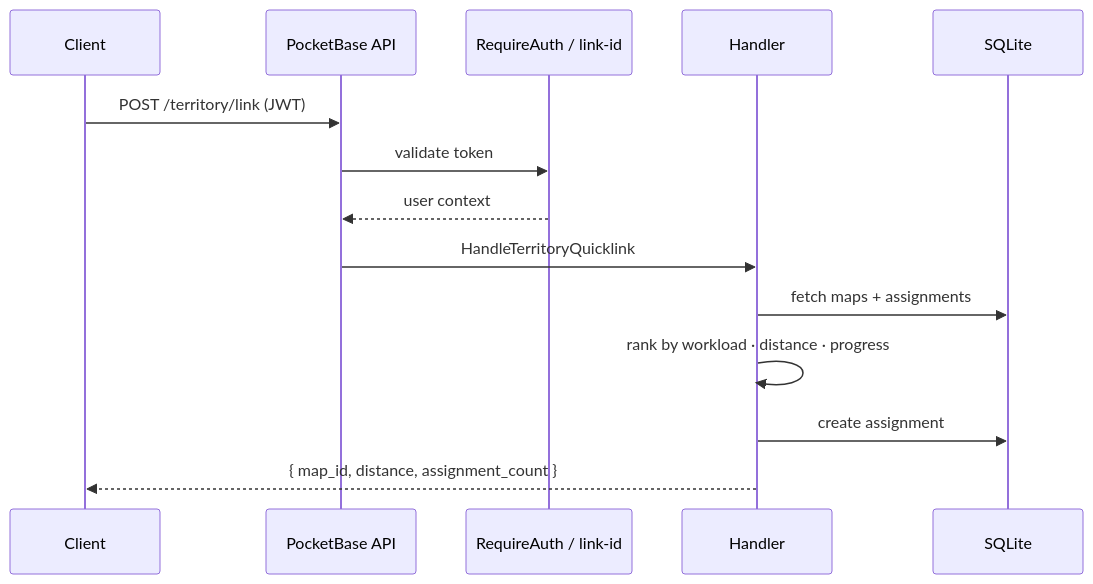
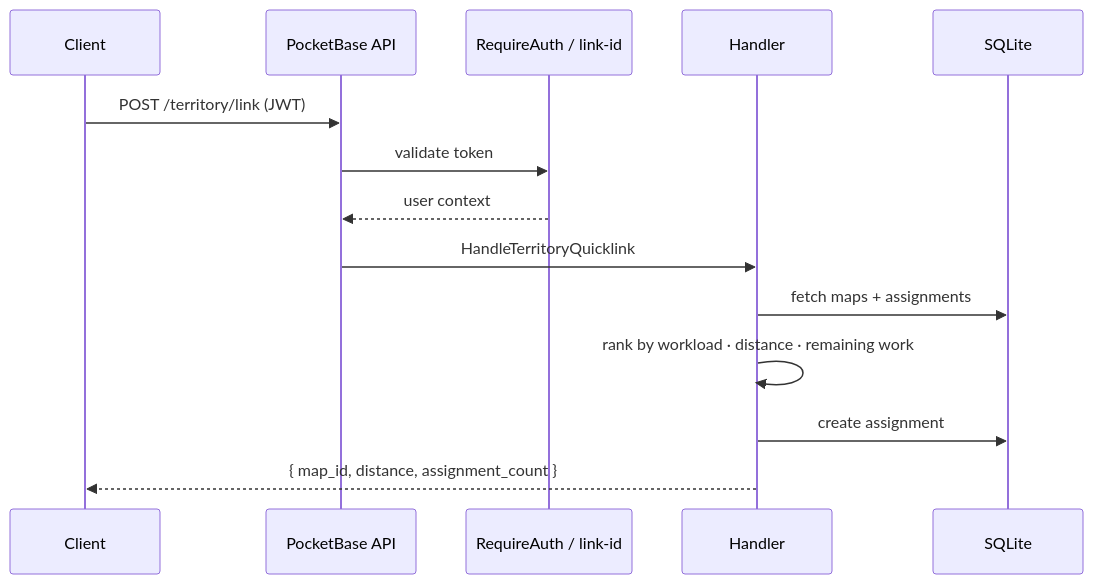
Before and after one commit to rimorin/ministry-mapper-be: the second of 2 diagrams in readme.md, drawn with Mermaid. The commit also changed other lines of this file and 8 other files, not shown here.

````diff
--- a/readme.md
+++ b/readme.md
@@ -121,17 +121,17 @@
 ```mermaid
 sequenceDiagram
     participant C as Client
     participant API as PocketBase API
     participant Auth as RequireAuth / link-id
     participant H as Handler
     participant DB as SQLite
 
     C->>API: POST /territory/link (JWT)
     API->>Auth: validate token
     Auth-->>API: user context
     API->>H: HandleTerritoryQuicklink
     H->>DB: fetch maps + assignments
-    H->>H: rank by workload · distance · progress
+    H->>H: rank by workload · distance · remaining work
     H->>DB: create assignment
     H-->>C: { map_id, distance, assignment_count }
 ```
````
